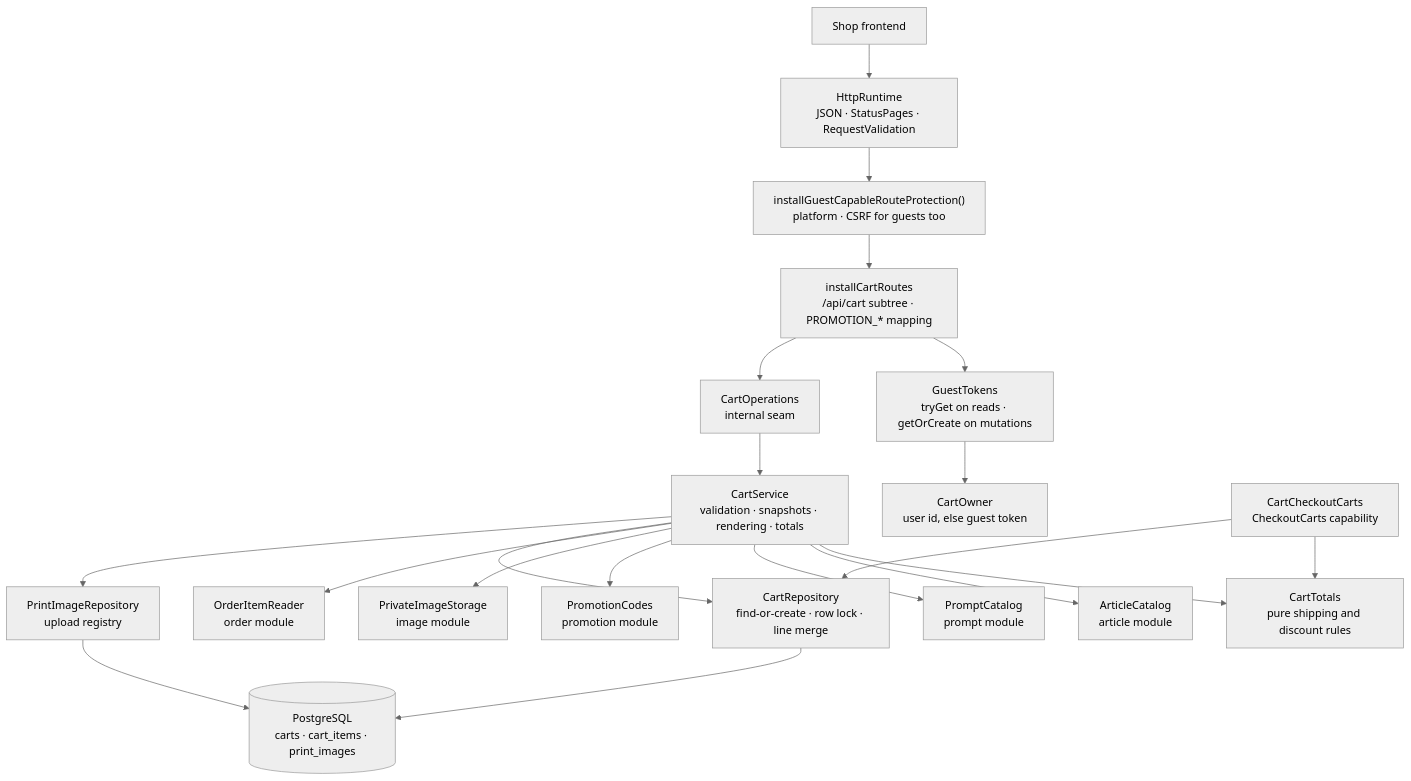
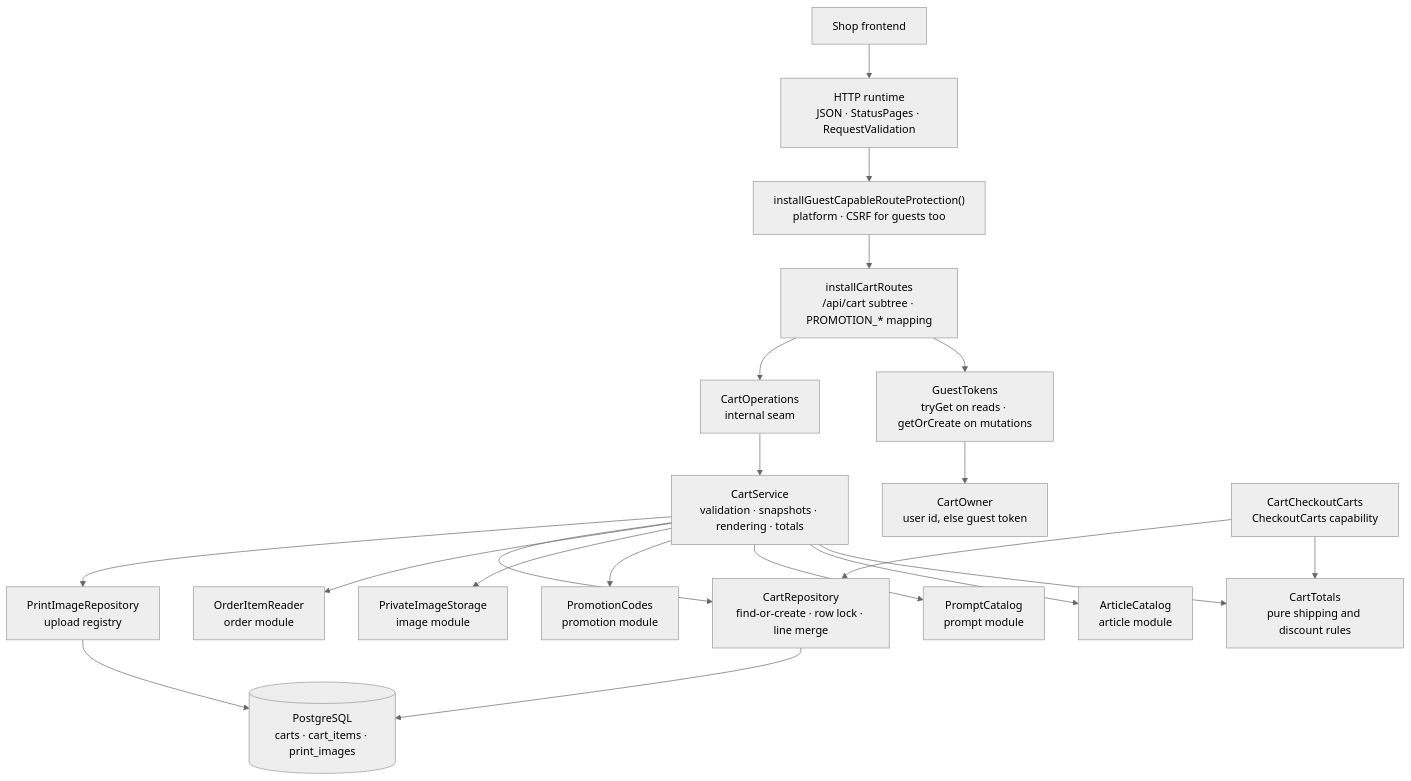
One commit to bitstorm-tech/voenix-shop-kotlin changed the diagram in docs/dev/backend/cart-package.md. Above: the diagram before and after it, drawn with Mermaid (neutral theme). The commit also changed 12 other files, not shown here.

````diff
--- a/docs/dev/backend/cart-package.md
+++ b/docs/dev/backend/cart-package.md
@@ -32,35 +32,35 @@
 ```mermaid
 flowchart TB
     Client["Shop frontend"]
-    Http["HttpRuntime<br/>JSON · StatusPages · RequestValidation"]
+    Http["HTTP runtime<br/>JSON · StatusPages · RequestValidation"]
     Csrf["installGuestCapableRouteProtection()<br/>platform · CSRF for guests too"]
     Routes["installCartRoutes<br/>/api/cart subtree · PROMOTION_* mapping"]
     Guest["GuestTokens<br/>tryGet on reads · getOrCreate on mutations"]
     Owner["CartOwner<br/>user id, else guest token"]
     Operations["CartOperations<br/>internal seam"]
     Service["CartService<br/>validation · snapshots · rendering · totals"]
     Totals["CartTotals<br/>pure shipping and discount rules"]
     Articles["ArticleCatalog<br/>article module"]
     Prompts["PromptCatalog<br/>prompt module"]
     Promotions["PromotionCodes<br/>promotion module"]
     Storage["PrivateImageStorage<br/>image module"]
     Ordered["OrderItemReader<br/>order module"]
     Checkout["CartCheckoutCarts<br/>CheckoutCarts capability"]
     Repository["CartRepository<br/>find-or-create · row lock · line merge"]
     Images["PrintImageRepository<br/>upload registry"]
     Tables[("PostgreSQL<br/>carts · cart_items · print_images")]
 
     Client --> Http --> Csrf --> Routes
     Routes --> Guest --> Owner
     Routes --> Operations --> Service
     Service --> Totals
     Service --> Articles
     Service --> Prompts
     Service --> Promotions
     Service --> Storage
     Service --> Ordered
     Service --> Repository --> Tables
     Service --> Images --> Tables
     Checkout --> Totals
     Checkout --> Repository
 ```
````
